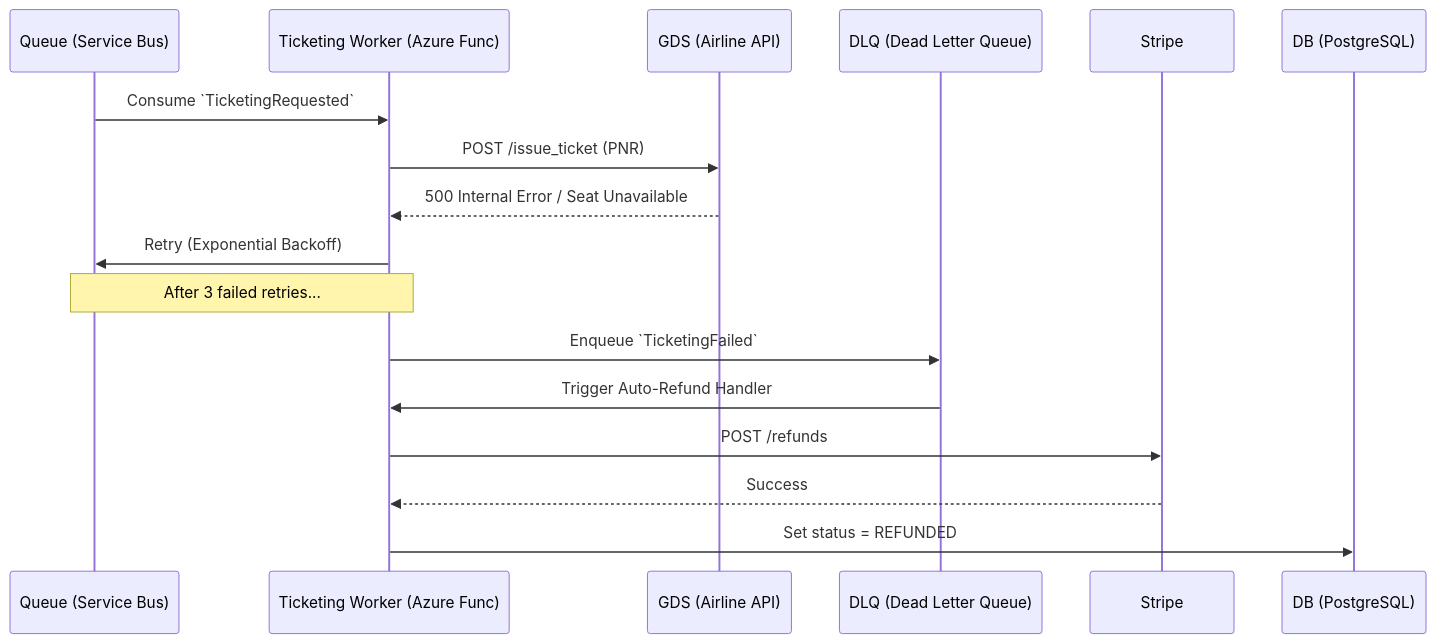
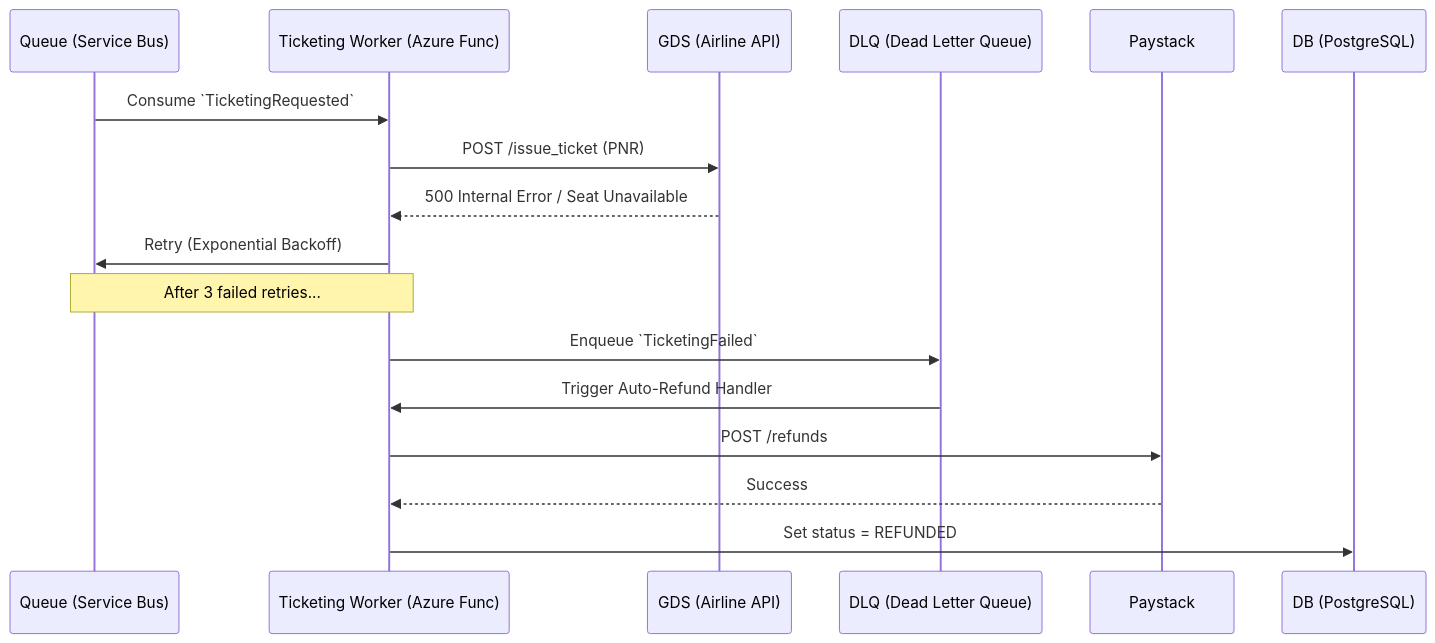
Before and after one commit to moses-Dera/master-trip: the third of 4 diagrams in CASE_STUDY.md, drawn with Mermaid. The commit also changed other lines of this file and 2 other files, not shown here.

Commit message:
feat: migrate payment processing and architecture documentation from Stripe to Paystack

````diff
--- a/CASE_STUDY.md
+++ b/CASE_STUDY.md
@@ -112,20 +112,20 @@
 ```mermaid
 sequenceDiagram
     participant Queue as Queue (Service Bus)
     participant TicketingWorker as Ticketing Worker (Azure Func)
     participant GDS as GDS (Airline API)
     participant DLQ as DLQ (Dead Letter Queue)
-    participant Stripe as Stripe
+    participant Stripe as Paystack
     participant DB as DB (PostgreSQL)
 
     Queue->>TicketingWorker: Consume `TicketingRequested`
     TicketingWorker->>GDS: POST /issue_ticket (PNR)
     GDS-->>TicketingWorker: 500 Internal Error / Seat Unavailable
     TicketingWorker->>Queue: Retry (Exponential Backoff)
     Note over TicketingWorker, Queue: After 3 failed retries...
     TicketingWorker->>DLQ: Enqueue `TicketingFailed`
     DLQ->>TicketingWorker: Trigger Auto-Refund Handler
     TicketingWorker->>Stripe: POST /refunds
     Stripe-->>TicketingWorker: Success
     TicketingWorker->>DB: Set status = REFUNDED
 ```
````
